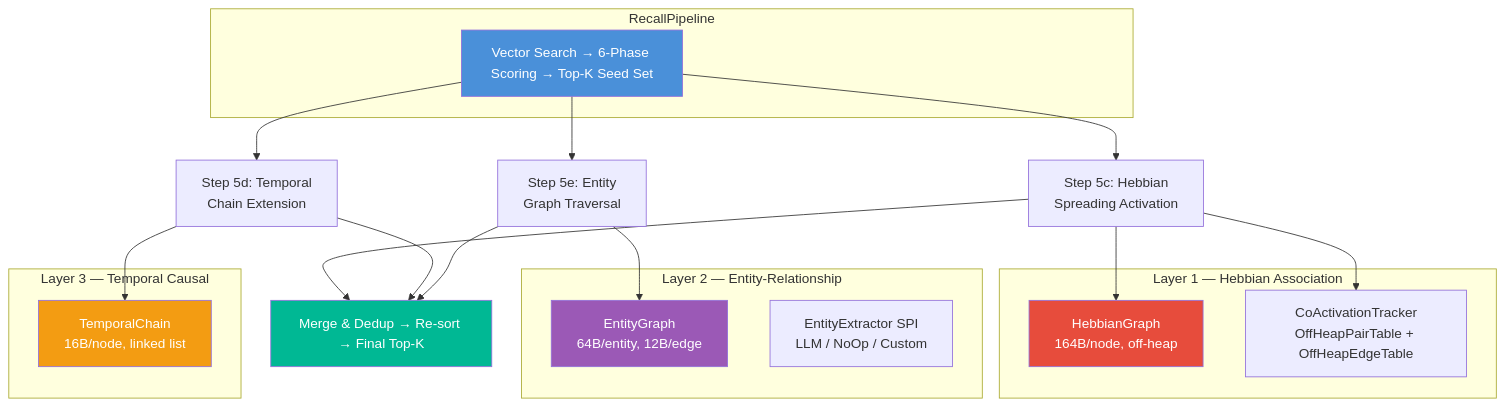
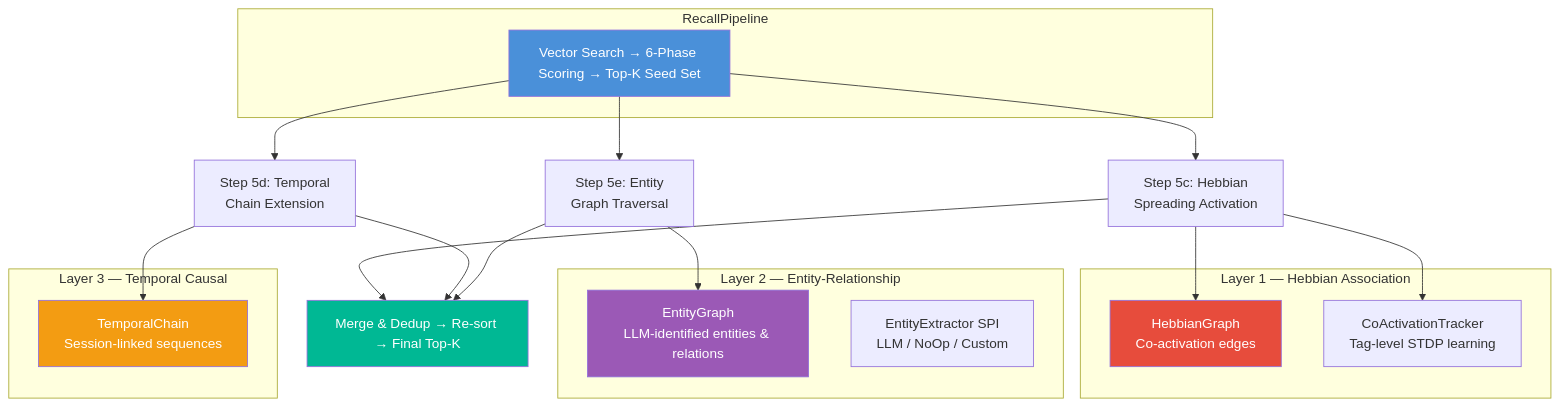
The first of 3 diagrams in docs/docs/memory/hebbian.md (spectrayan/spector), drawn with Mermaid before and after one commit. The commit also changed other lines of this file and 38 other files, not shown here.

First line of the commit message:
docs(memory): replace implementation details with functional diagrams and product-focused content (#33)

````diff
--- a/docs/docs/memory/hebbian.md
+++ b/docs/docs/memory/hebbian.md
@@ -16,39 +14,39 @@
 ```mermaid
 graph TB
     subgraph "RecallPipeline"
         RP["Vector Search → 6-Phase Scoring → Top-K Seed Set"]
     end
 
     RP --> S5c["Step 5c: Hebbian<br/>Spreading Activation"]
     RP --> S5d["Step 5d: Temporal<br/>Chain Extension"]
     RP --> S5e["Step 5e: Entity<br/>Graph Traversal"]
 
     S5c --> M["Merge & Dedup → Re-sort → Final Top-K"]
     S5d --> M
     S5e --> M
 
     subgraph "Layer 1 — Hebbian Association"
-        HG["HebbianGraph<br/>164B/node, off-heap"]
-        CAT["CoActivationTracker<br/>OffHeapPairTable + OffHeapEdgeTable"]
+        HG["HebbianGraph<br/>Co-activation edges"]
+        CAT["CoActivationTracker<br/>Tag-level STDP learning"]
     end
 
     subgraph "Layer 2 — Entity-Relationship"
-        EG["EntityGraph<br/>64B/entity, 12B/edge"]
+        EG["EntityGraph<br/>LLM-identified entities & relations"]
         EX["EntityExtractor SPI<br/>LLM / NoOp / Custom"]
     end
 
     subgraph "Layer 3 — Temporal Causal"
-        TC["TemporalChain<br/>16B/node, linked list"]
+        TC["TemporalChain<br/>Session-linked sequences"]
     end
 
     S5c --> HG
     S5c --> CAT
     S5d --> TC
     S5e --> EG
 
     style RP fill:#4a90d9,color:white
     style M fill:#00b894,color:white
     style HG fill:#e74c3c,color:white
     style EG fill:#9b59b6,color:white
     style TC fill:#f39c12,color:white
 ```
````
